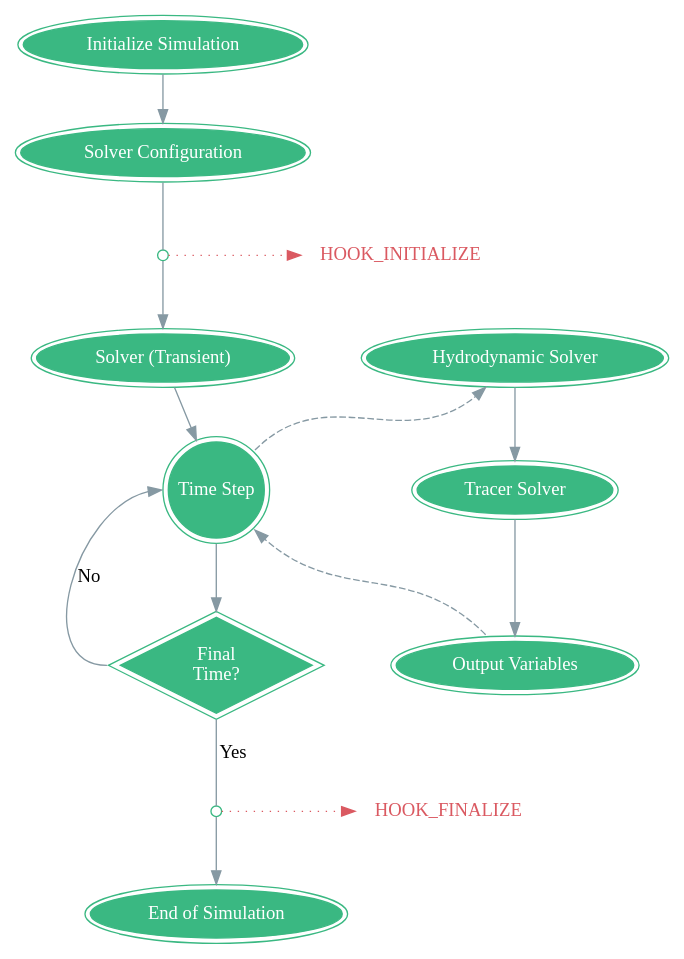
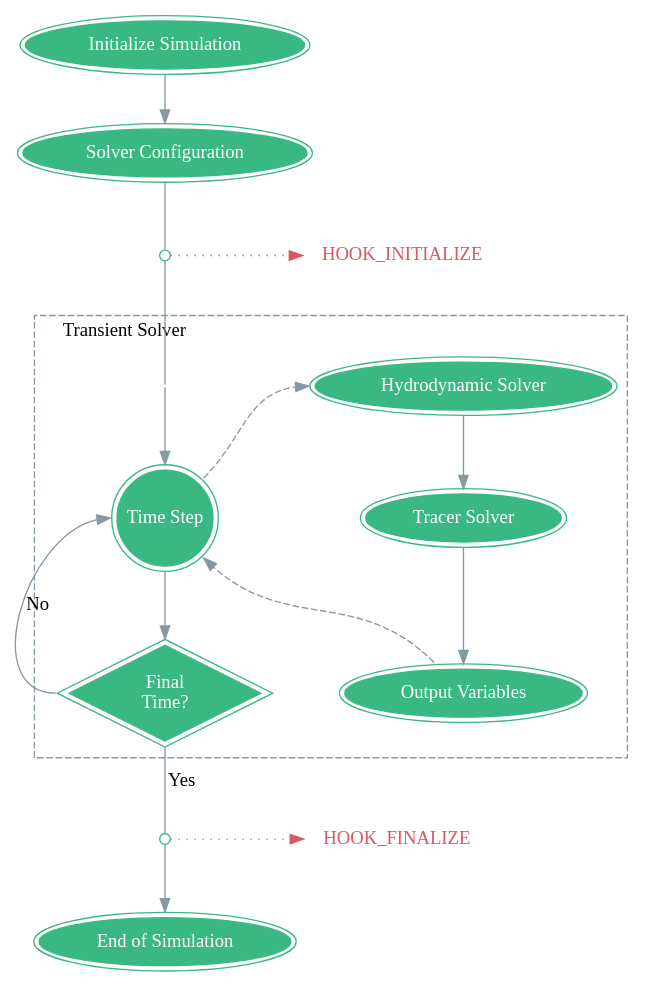
Before and after one commit to ESSS/alfasim-sdk: the first of 2 diagrams in docs/source/07_lifecycle.rst, drawn with Graphviz. The commit also changed other lines of this file, not shown here.

Commit message:
update graphs

```diff
--- a/docs/source/07_lifecycle.rst
+++ b/docs/source/07_lifecycle.rst
@@ -14,66 +14,76 @@
 .. graphviz::
 
     digraph {
             nodesep = 0.7;
             node [peripheries="2", fillcolor="#3AB882" style=filled color="#3AB882" fontcolor="#ffffff" shape=""];
             edge [ color="#8699A3" ];
 
             init [label="Initialize Simulation", shape=""];
             end [label="End of Simulation", shape=""];
             config [label="Solver Configuration"];
-            solver [label="Solver (Transient)"];
+            solver [shape=point, width=0, peripheries="0"];
             time [
                     fixedsize=true,
                     label="Time Step",
-                    //height="1.0",
                     width="1.0",
                     shape="circle",
-                    //regular="true",
                     ];
 
             hook_initialize_point [shape = point, width = 0 ]
             decision [
                     label="Final \n Time?",
                     shape="diamond"
                     fixedsize=true
                     width=2.0
                     height=1.0
                     ]
             hook_finalize_point [shape = point, width = 0 ]
             hook_initialize [peripheries="0"
                 label="HOOK_INITIALIZE", shape="cds", color="#DA5961", fontcolor="#DA5961", style=""
                 URL="../06_solver_hooks.html#alfasim_sdk.hook_specs.initialize", target="_top"
             ]
             hook_finalize [peripheries="0"
                 label="HOOK_FINALIZE", shape="cds", color="#DA5961",  fontcolor="#DA5961" , style=""
                 URL="../06_solver_hooks.html#alfasim_sdk.hook_specs.finalize", target="_top"
             ]
             hyd_solver [label="Hydrodynamic Solver"]
             tracer_solver [label="Tracer Solver"]
             output [label="Output Variables"]
 
             {rank = same; hook_initialize_point; hook_initialize}
             {rank = same; hook_finalize_point; hook_finalize; }
-            {rank=same; time;tracer_solver}
-            {rank=same; solver;hyd_solver}
-
 
             init -> config;
             config -> hook_initialize_point [arrowhead= none];
 
-            hook_initialize_point -> solver;
+            hook_initialize_point -> solver [arrowhead=none];
             hook_initialize_point -> hook_initialize [style=dotted, color="#DA5961"];
+            subgraph cluster_a{
+                label="Transient Solver"
+                style="dashed, reactangular"
+                color="#8699A3"
+                labeljust="l"
 
-            solver -> time;
-            time:ne -> hyd_solver:sw [style=dashed];
-            output:nw -> time:se [style=dashed];
+                {rank=same; time;tracer_solver}
+                {rank=same; solver;hyd_solver}
+                solver -> time;
+                time:ne -> hyd_solver:w [style=dashed];
 
-            hyd_solver -> tracer_solver;
-            tracer_solver -> output;
-            time -> decision;
+                hyd_solver -> tracer_solver [weight=999];
+                tracer_solver -> output [weight=999];
+
+                node[group=x]
+                time;decision
+
+                node[group=a]
+                hyd_solver;tracer_solver;output
+
+                output:nw -> time:se [style=dashed];
+                time:s -> decision:n [weight=999];
+                decision:w -> time:w [label="No", weight=99, constraint=true];
+            }
             decision -> hook_finalize_point [arrowhead= none, label="Yes"];
-            decision:w -> time:w [label="No"];
             hook_finalize_point ->  hook_finalize [style=dotted, color="#DA5961"];
             hook_finalize_point ->  end;
 
         }
```
